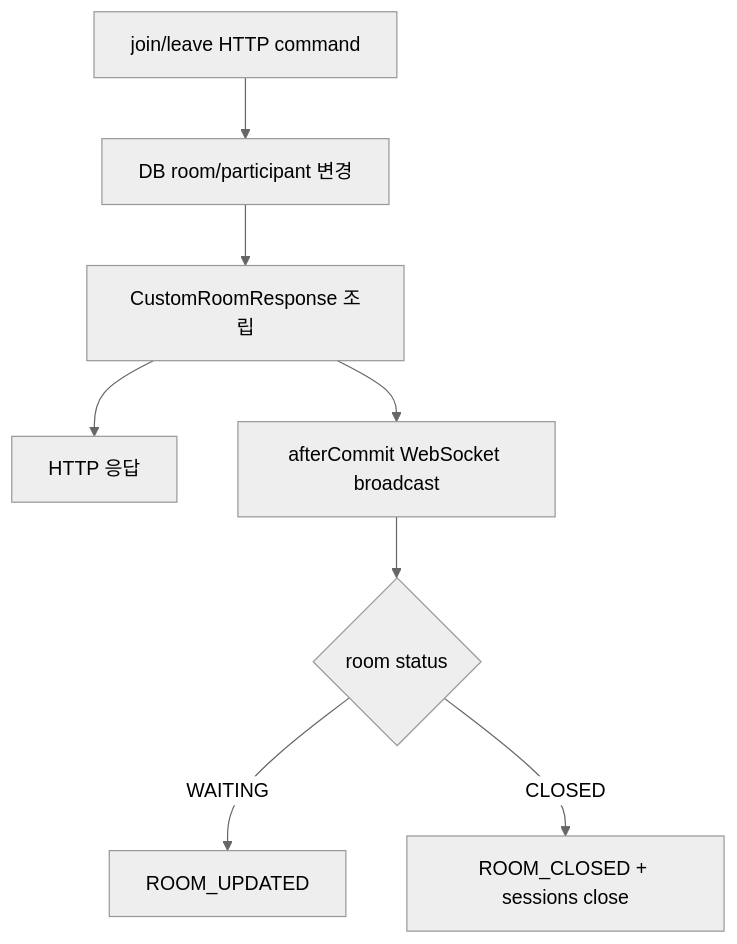
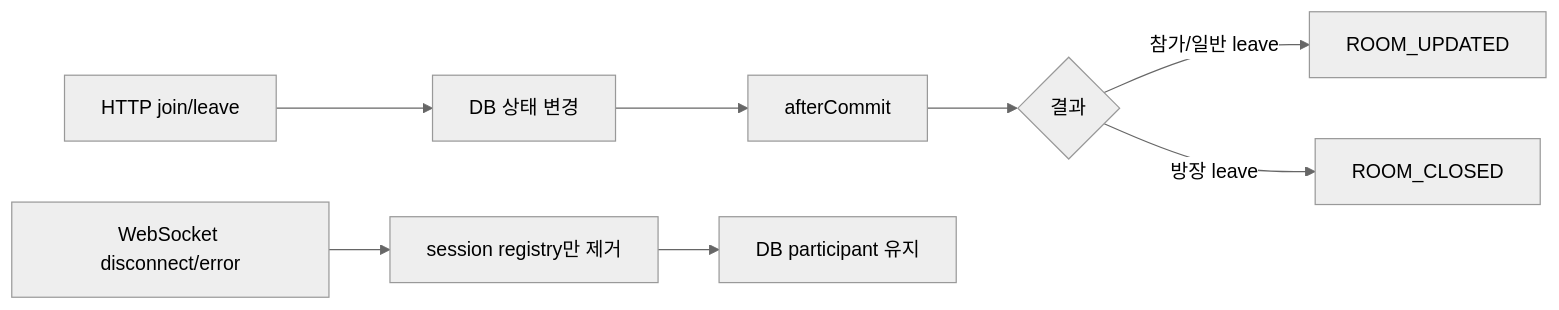
The fifth of 5 diagrams in docs/antigravity/backend/issue-128-custom-room-websocket.md (moonwhistle/League-of-Star), drawn with Mermaid (neutral theme) before and after one commit. The commit also changed other lines of this file, not shown here.

````diff
--- a/docs/antigravity/backend/issue-128-custom-room-websocket.md
+++ b/docs/antigravity/backend/issue-128-custom-room-websocket.md
@@ -384,10 +427,10 @@
 ```mermaid
-flowchart TD
-    A["join/leave HTTP command"] --> B["DB room/participant 변경"]
-    B --> C["CustomRoomResponse 조립"]
-    C --> D["HTTP 응답"]
-    C --> E["afterCommit WebSocket broadcast"]
-    E --> F{"room status"}
-    F -->|WAITING| G["ROOM_UPDATED"]
-    F -->|CLOSED| H["ROOM_CLOSED + sessions close"]
+flowchart LR
+    A["HTTP join/leave"] --> B["DB 상태 변경"]
+    B --> C["afterCommit"]
+    C --> D{"결과"}
+    D -->|참가/일반 leave| E["ROOM_UPDATED"]
+    D -->|방장 leave| F["ROOM_CLOSED"]
+    G["WebSocket disconnect/error"] --> H["session registry만 제거"]
+    H --> I["DB participant 유지"]
 ```
````
